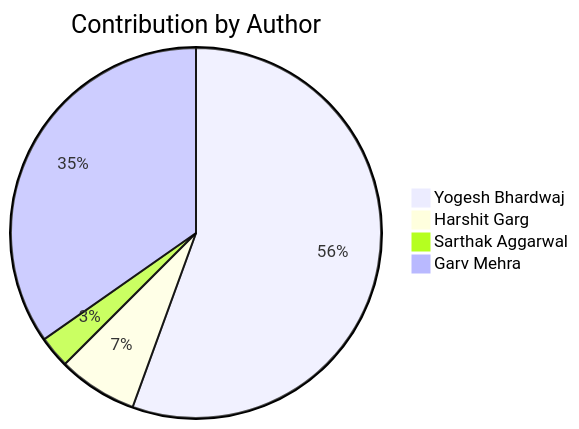
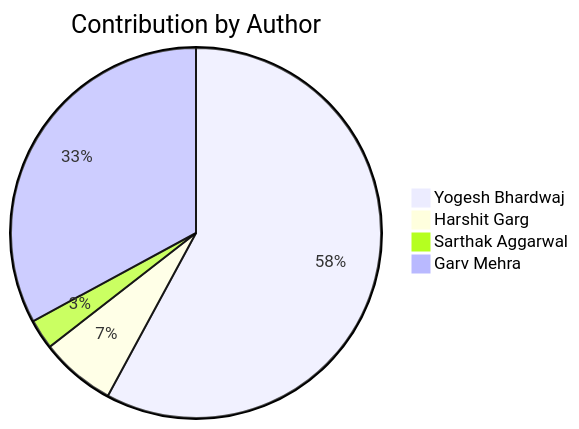
Before and after one commit to Yogesh-Bhardwaj-hue/Scm-Final_2.0: the diagram in README.md, drawn with Mermaid. The commit also changed other lines of this file, not shown here.

Commit message:
Update contribution charts

````diff
--- a/README.md
+++ b/README.md
@@ -161,7 +161,7 @@
 ```mermaid
 pie title Contribution by Author
-    "Yogesh Bhardwaj": 40
+    "Yogesh Bhardwaj": 44
     "Harshit Garg": 5
     "Sarthak Aggarwal": 2
     "Garv Mehra": 25
 ```
````
